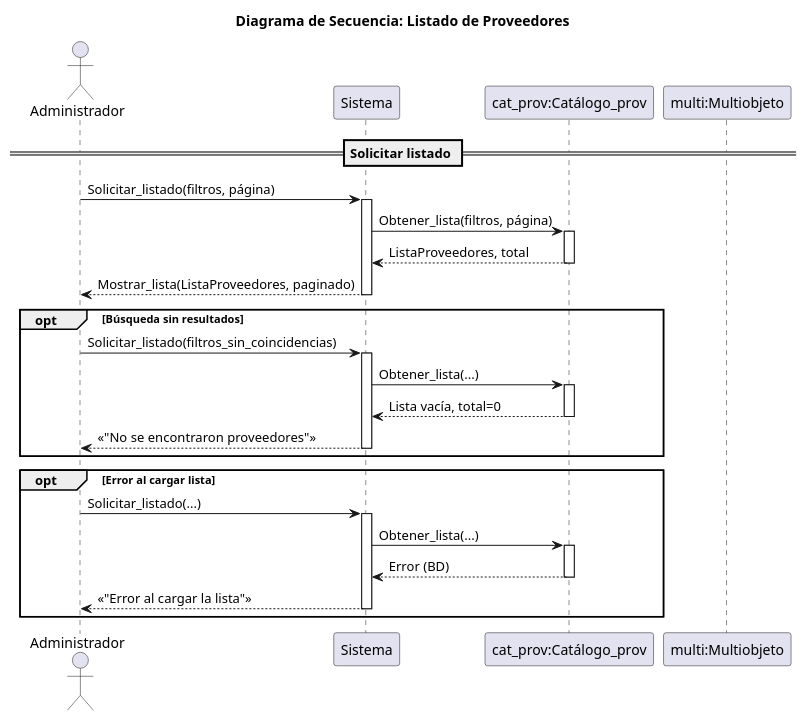
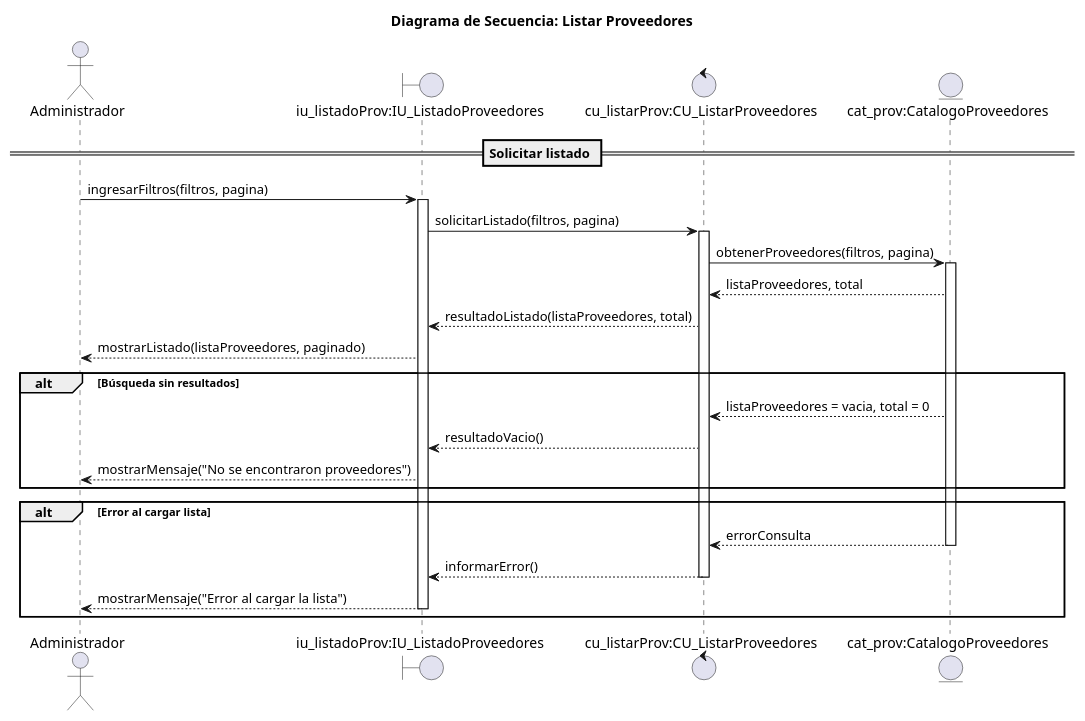
The diagram in 08-Diagrama-secuencia/07_Listado_proveedores.puml (Luci1274/PPI_Proyecto_gomeria), drawn with PlantUML before and after one commit. The commit also changed other lines of this file and 21 other files, not shown here.

Commit message:
Modificacion en mis casos de uso y diagramas de secuencia correspondientes

```diff
--- a/08-Diagrama-secuencia/07_Listado_proveedores.puml
+++ b/08-Diagrama-secuencia/07_Listado_proveedores.puml
@@ -2,42 +1,44 @@
 @startuml listado_proveedores
 
-title Diagrama de Secuencia: Listado de Proveedores
+title Diagrama de Secuencia: Listar Proveedores
 
 actor Administrador
-participant Sistema
-participant "cat_prov:Catálogo_prov" as Cat_prov
-participant "multi:Multiobjeto" as MULT
+boundary "iu_listadoProv:IU_ListadoProveedores" as IU
+control "cu_listarProv:CU_ListarProveedores" as CU
+entity "cat_prov:CatalogoProveedores" as CAT
 
 == Solicitar listado ==
-Administrador -> Sistema: Solicitar_listado(filtros, página)
-activate Sistema
-Sistema -> Cat_prov: Obtener_lista(filtros, página)
-activate Cat_prov
-Cat_prov --> Sistema: ListaProveedores, total
-deactivate Cat_prov
-Sistema --> Administrador: Mostrar_lista(ListaProveedores, paginado)
-deactivate Sistema
+Administrador -> IU: ingresarFiltros(filtros, pagina)
+activate IU
 
-opt Búsqueda sin resultados
-    Administrador -> Sistema: Solicitar_listado(filtros_sin_coincidencias)
-    activate Sistema
-    Sistema -> Cat_prov: Obtener_lista(...)
-    activate Cat_prov
-    Cat_prov --> Sistema: Lista vacía, total=0
-    deactivate Cat_prov
-    Sistema --> Administrador: <<"No se encontraron proveedores">>
-    deactivate Sistema
+IU -> CU: solicitarListado(filtros, pagina)
+activate CU
+
+CU -> CAT: obtenerProveedores(filtros, pagina)
+activate CAT
+
+CAT --> CU: listaProveedores, total
+
+
+CU --> IU: resultadoListado(listaProveedores, total)
+
+
+IU --> Administrador: mostrarListado(listaProveedores, paginado)
+
+
+alt Búsqueda sin resultados
+    CAT --> CU: listaProveedores = vacia, total = 0
+    CU --> IU: resultadoVacio()
+    IU --> Administrador: mostrarMensaje("No se encontraron proveedores")
 end
 
-opt Error al cargar lista
-    Administrador -> Sistema: Solicitar_listado(...)
-    activate Sistema
-    Sistema -> Cat_prov: Obtener_lista(...)
-    activate Cat_prov
-    Cat_prov --> Sistema: Error (BD)
-    deactivate Cat_prov
-    Sistema --> Administrador: <<"Error al cargar la lista">>
-    deactivate Sistema
+alt Error al cargar lista
+    CAT --> CU: errorConsulta
+    deactivate CAT
+    CU --> IU: informarError()
+    deactivate CU
+    IU --> Administrador: mostrarMensaje("Error al cargar la lista")
+    deactivate IU
 end
 
 @enduml
```
